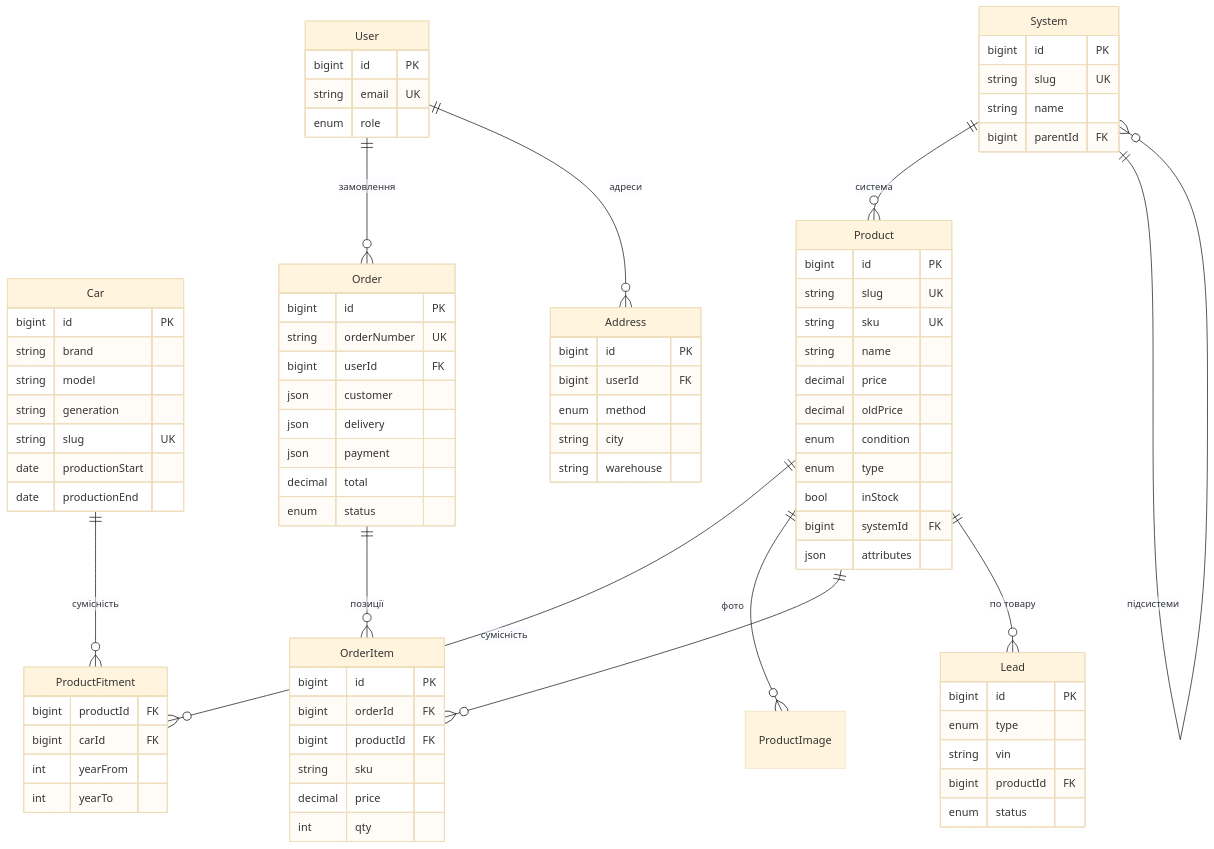
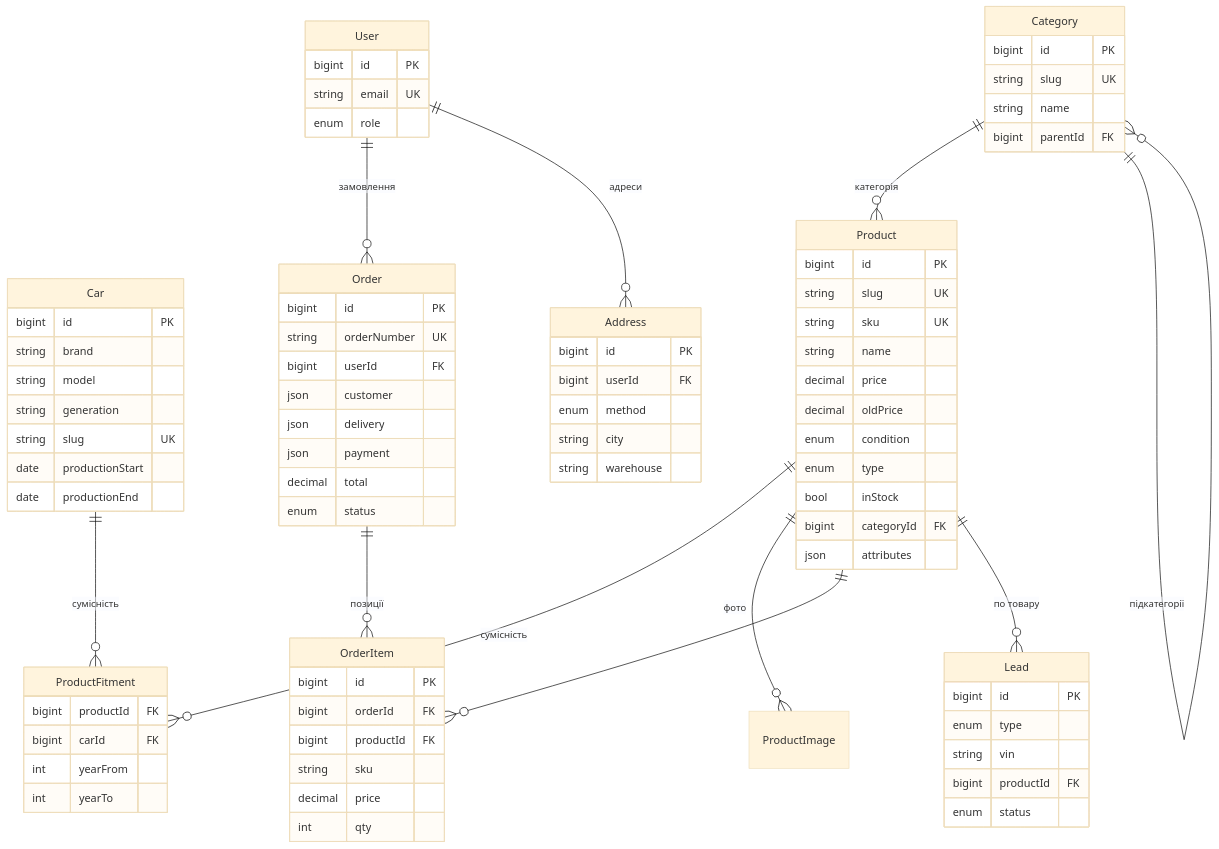
One commit to vvbogdanovih/tesla-meta changed the diagram in docs/db-schema.md. Above: the diagram before and after it, drawn with Mermaid (base theme). The commit also changed other lines of this file and 9 other files, not shown here.

First line of the commit message:
refactor: таксономія «Система» → «Категорія» в доках і референсах

```diff
--- a/docs/db-schema.md
+++ b/docs/db-schema.md
@@ -15,8 +15,8 @@
 erDiagram
   Car             ||--o{ ProductFitment : "сумісність"
   Product         ||--o{ ProductFitment : "сумісність"
-  System          ||--o{ Product        : "система"
-  System          ||--o{ System         : "підсистеми"
+  Category        ||--o{ Product        : "категорія"
+  Category        ||--o{ Category        : "підкатегорії"
   Product         ||--o{ ProductImage   : "фото"
   Product         ||--o{ OrderItem      : ""
   Order           ||--o{ OrderItem      : "позиції"
@@ -33,7 +33,7 @@
     date   productionStart
     date   productionEnd
   }
-  System {
+  Category {
     bigint id PK
     string slug UK
     string name
@@ -49,7 +49,7 @@
     enum   condition
     enum   type
     bool   inStock
-    bigint systemId FK
+    bigint categoryId FK
     json   attributes
   }
   ProductFitment {
```
